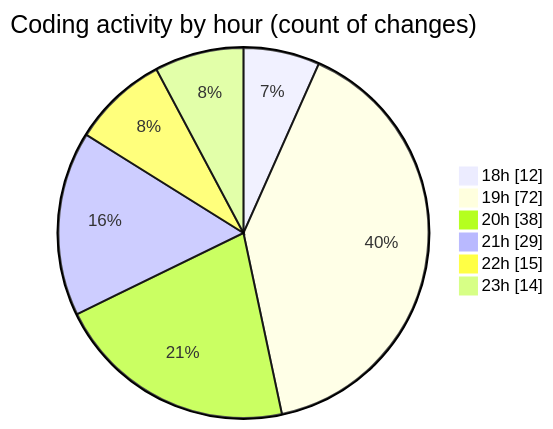
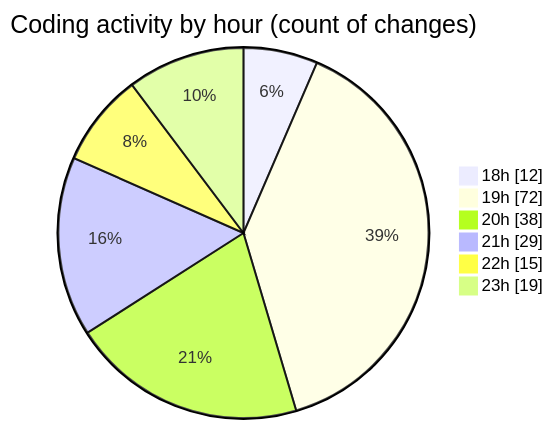
Before and after one commit to MatusMokan/code-tracking: the second of 2 diagrams in 2025-03-14/myws__workspace_/README.md, drawn with Mermaid. The commit also changed other lines of this file and 1 other file, not shown here.

````diff
--- a/2025-03-14/myws__workspace_/README.md
+++ b/2025-03-14/myws__workspace_/README.md
@@ -31,10 +31,10 @@
 ```mermaid
 pie showData
 title Coding activity by hour (count of changes)
 "18h" : 12
 "19h" : 72
 "20h" : 38
 "21h" : 29
 "22h" : 15
-"23h" : 14
+"23h" : 19
 ```
````
